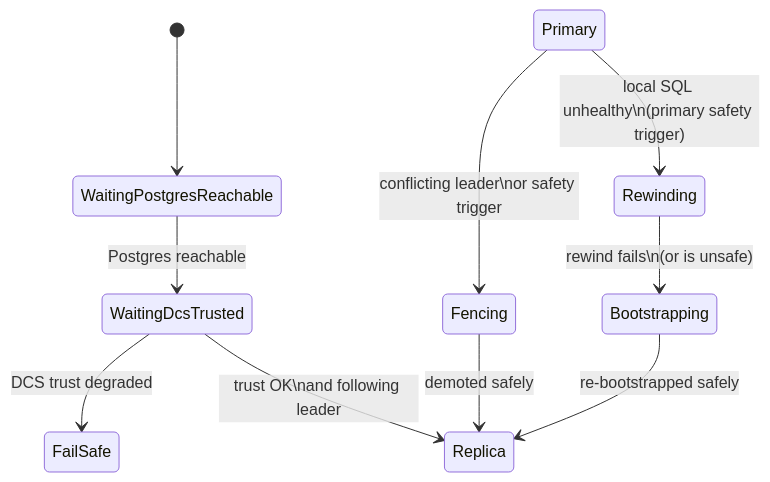
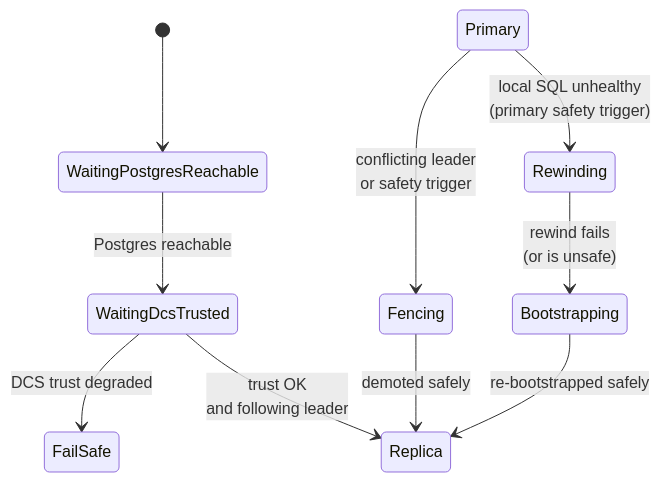
One commit to djosh34/pgtuskmaster_rust changed the second of 2 diagrams in docs/src/architecture/ha-lifecycle.md. Above: the diagram before and after it, drawn with Mermaid. The commit also changed other lines of this file and 9 other files, not shown here.

Commit message:
docs: use <br/> in mermaid labels and lint against \n

````diff
--- a/docs/src/architecture/ha-lifecycle.md
+++ b/docs/src/architecture/ha-lifecycle.md
@@ -19,14 +19,14 @@
 ```mermaid
 stateDiagram-v2
   [*] --> WaitingPostgresReachable
   WaitingPostgresReachable --> WaitingDcsTrusted: Postgres reachable
   WaitingDcsTrusted --> FailSafe: DCS trust degraded
-  WaitingDcsTrusted --> Replica: trust OK\nand following leader
+  WaitingDcsTrusted --> Replica: trust OK<br/>and following leader
 
-  Primary --> Fencing: conflicting leader\nor safety trigger
+  Primary --> Fencing: conflicting leader<br/>or safety trigger
   Fencing --> Replica: demoted safely
 
-  Primary --> Rewinding: local SQL unhealthy\n(primary safety trigger)
-  Rewinding --> Bootstrapping: rewind fails\n(or is unsafe)
+  Primary --> Rewinding: local SQL unhealthy<br/>(primary safety trigger)
+  Rewinding --> Bootstrapping: rewind fails<br/>(or is unsafe)
   Bootstrapping --> Replica: re-bootstrapped safely
 ```
````
